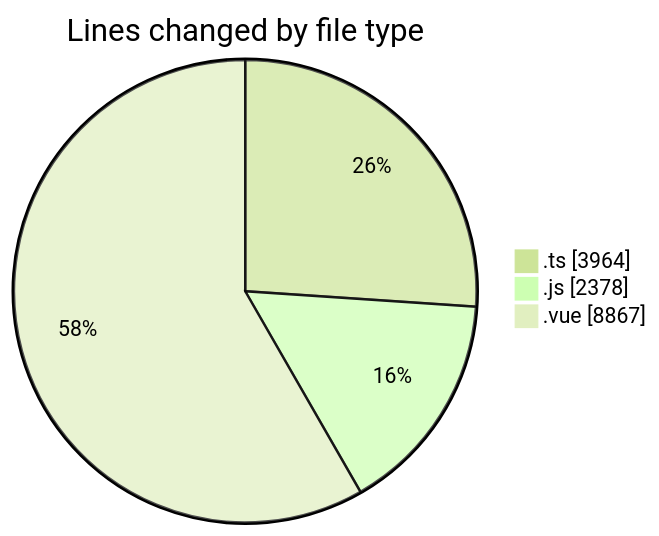
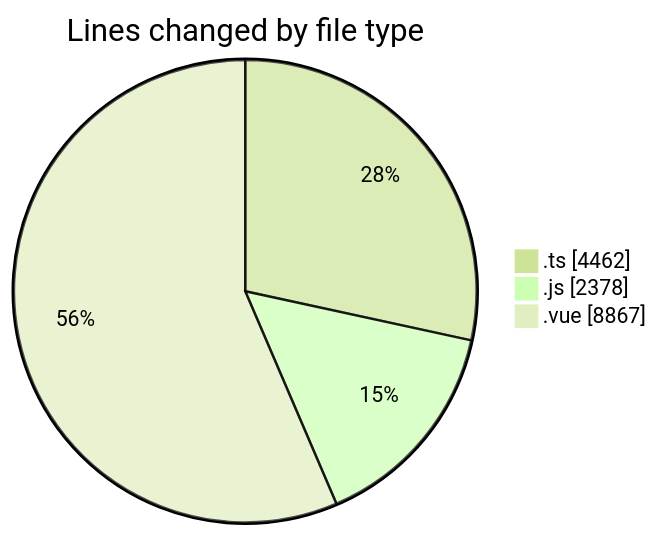
Before and after one commit to lephambinh05/code-tracking: the first of 2 diagrams in 2025-08-16/rentotp/README.md, drawn with Mermaid (forest theme). The commit also changed other lines of this file and 1 other file, not shown here.

````diff
--- a/2025-08-16/rentotp/README.md
+++ b/2025-08-16/rentotp/README.md
@@ -66,7 +67,7 @@
 ```mermaid
 pie showData
 title Lines changed by file type
-".ts" : 3964
+".ts" : 4462
 ".js" : 2378
 ".vue" : 8867
 ```
````
